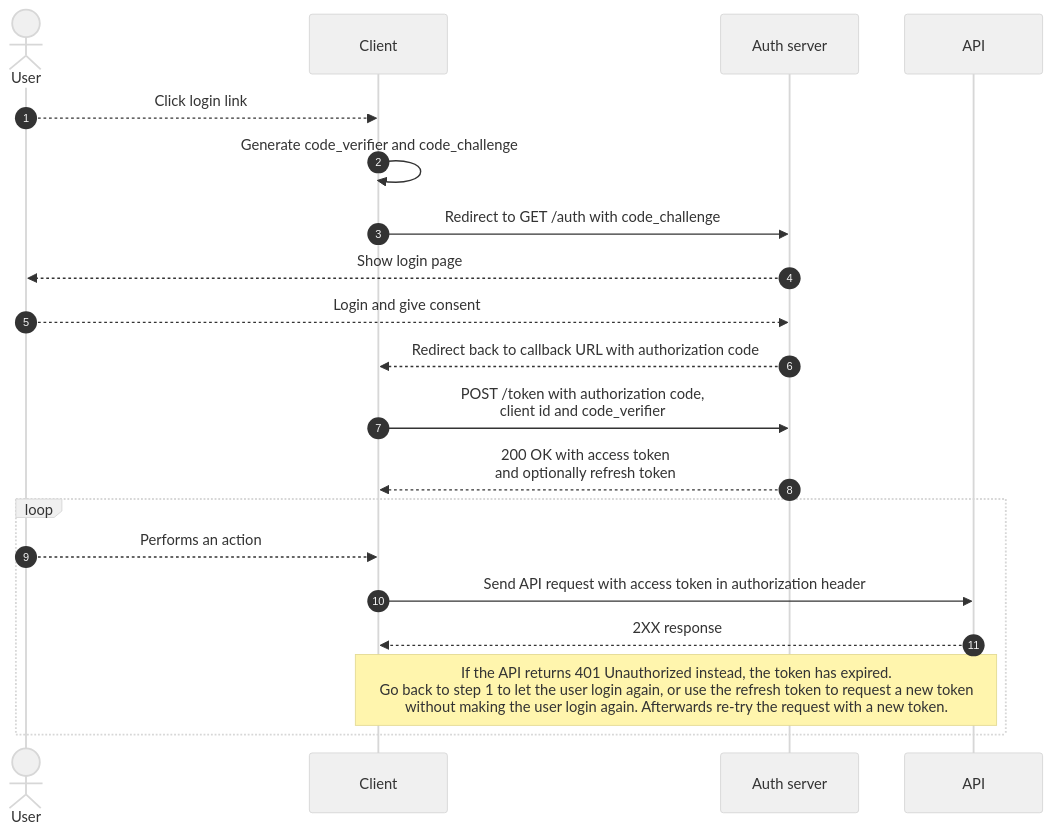
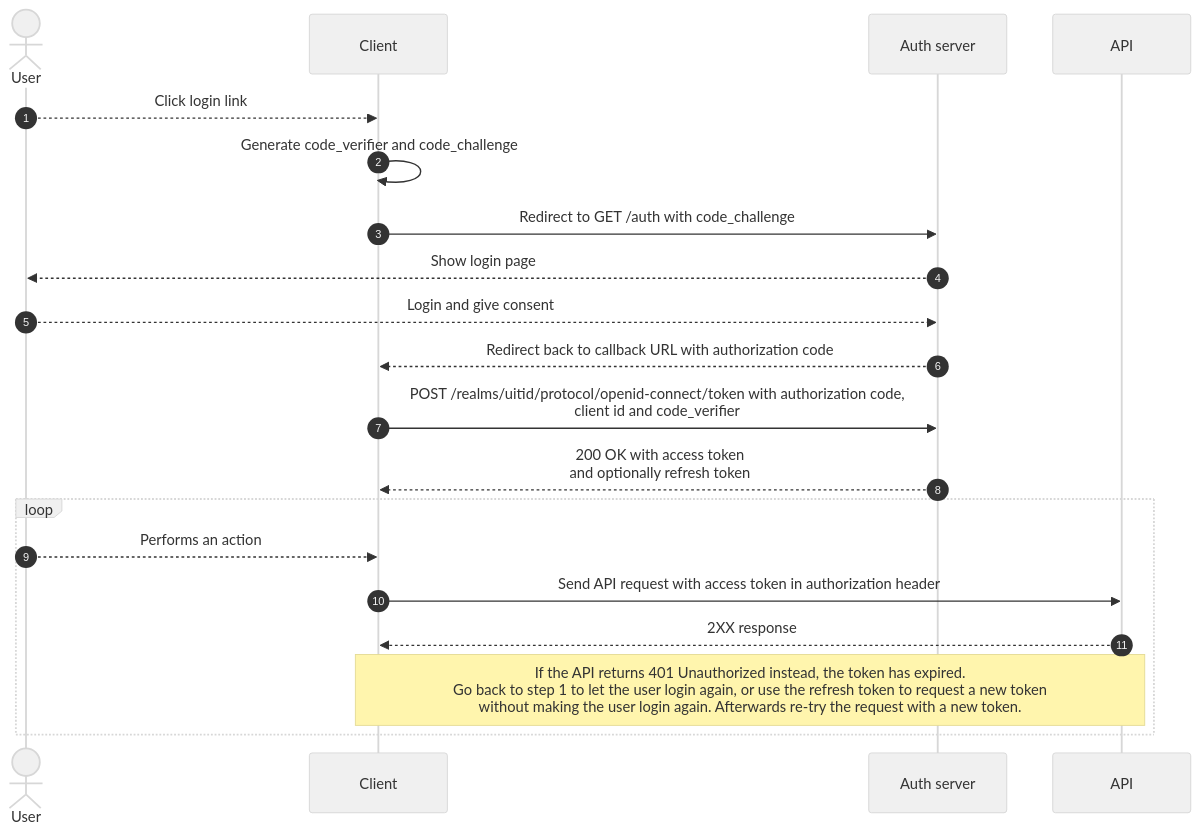
Before and after one commit to cultuurnet/apidocs: the second of 2 diagrams in projects/authentication/docs/user-access-token.md, drawn with Mermaid. The commit also changed other lines of this file, not shown here.

````diff
--- a/projects/authentication/docs/user-access-token.md
+++ b/projects/authentication/docs/user-access-token.md
@@ -158,20 +156,20 @@
 ```mermaid
 %%{init: {'theme':'base', 'themeVariables': { 'primaryColor': '#f0f0f0', 'fontFamily': 'Helvetica' }, 'sequence': { 'actorFontFamily': 'Helvetica', 'noteFontFamily': 'Helvetica', 'messageFontFamily': 'Helvetica' } }}%%
 sequenceDiagram
     autonumber
     actor User
     User-->>Client: Click login link
     Client->>Client: Generate code_verifier and code_challenge
     Client->>Auth server: Redirect to GET /auth with code_challenge
     Auth server-->>User: Show login page
     User-->>Auth server: Login and give consent
     Auth server-->>Client: Redirect back to callback URL with authorization code
-    Client->>Auth server: POST /token with authorization code,<br /> client id and code_verifier
+    Client->>Auth server: POST /realms/uitid/protocol/openid-connect/token with authorization code,<br /> client id and code_verifier
     Auth server-->>Client: 200 OK with access token<br /> and optionally refresh token
     loop
         User-->>Client: Performs an action
         Client->>API: Send API request with access token in authorization header
         API-->>Client: 2XX response
         note over API,Client: If the API returns 401 Unauthorized instead, the token has expired.<br />Go back to step 1 to let the user login again, or use the refresh token to request a new token<br />without making the user login again. Afterwards re-try the request with a new token.
     end
 ```
````
